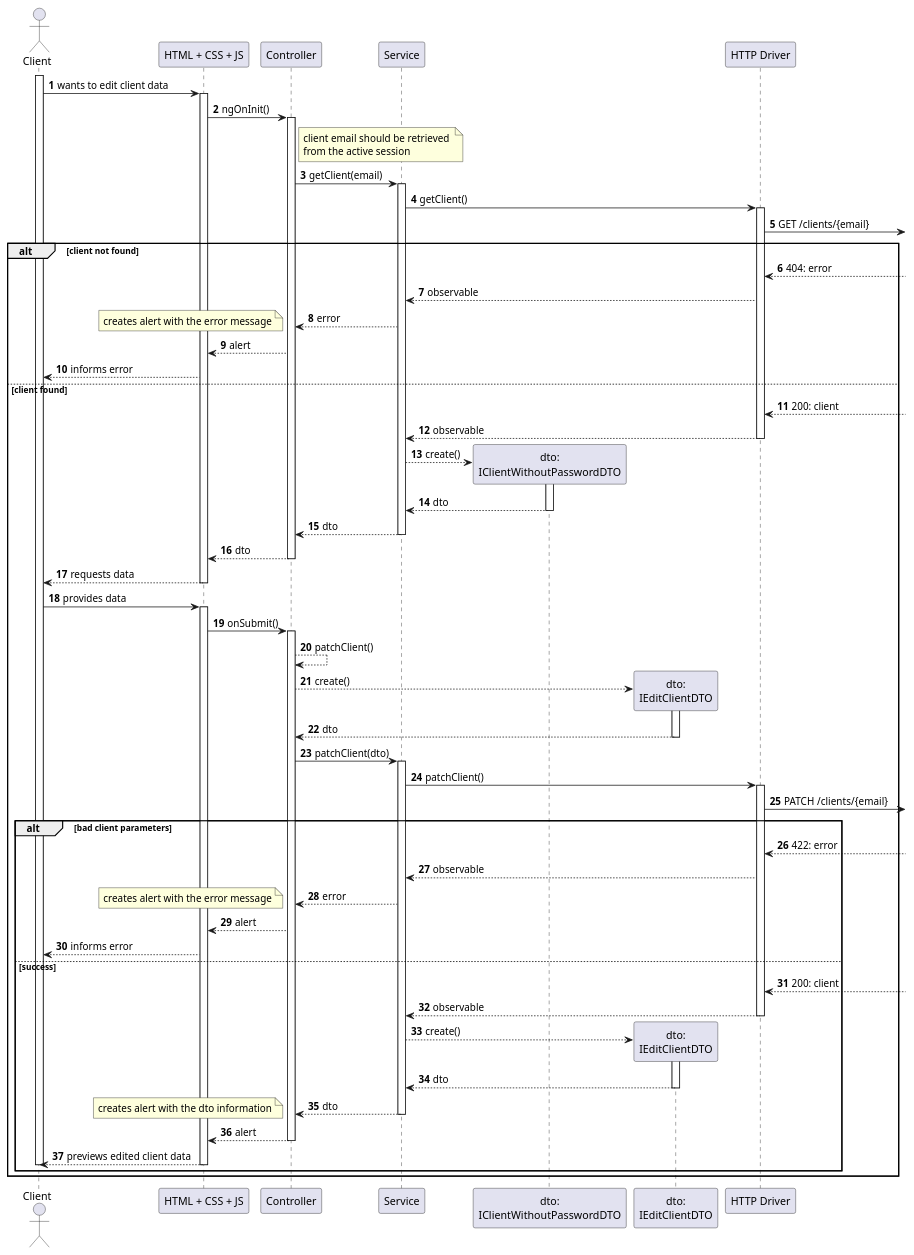
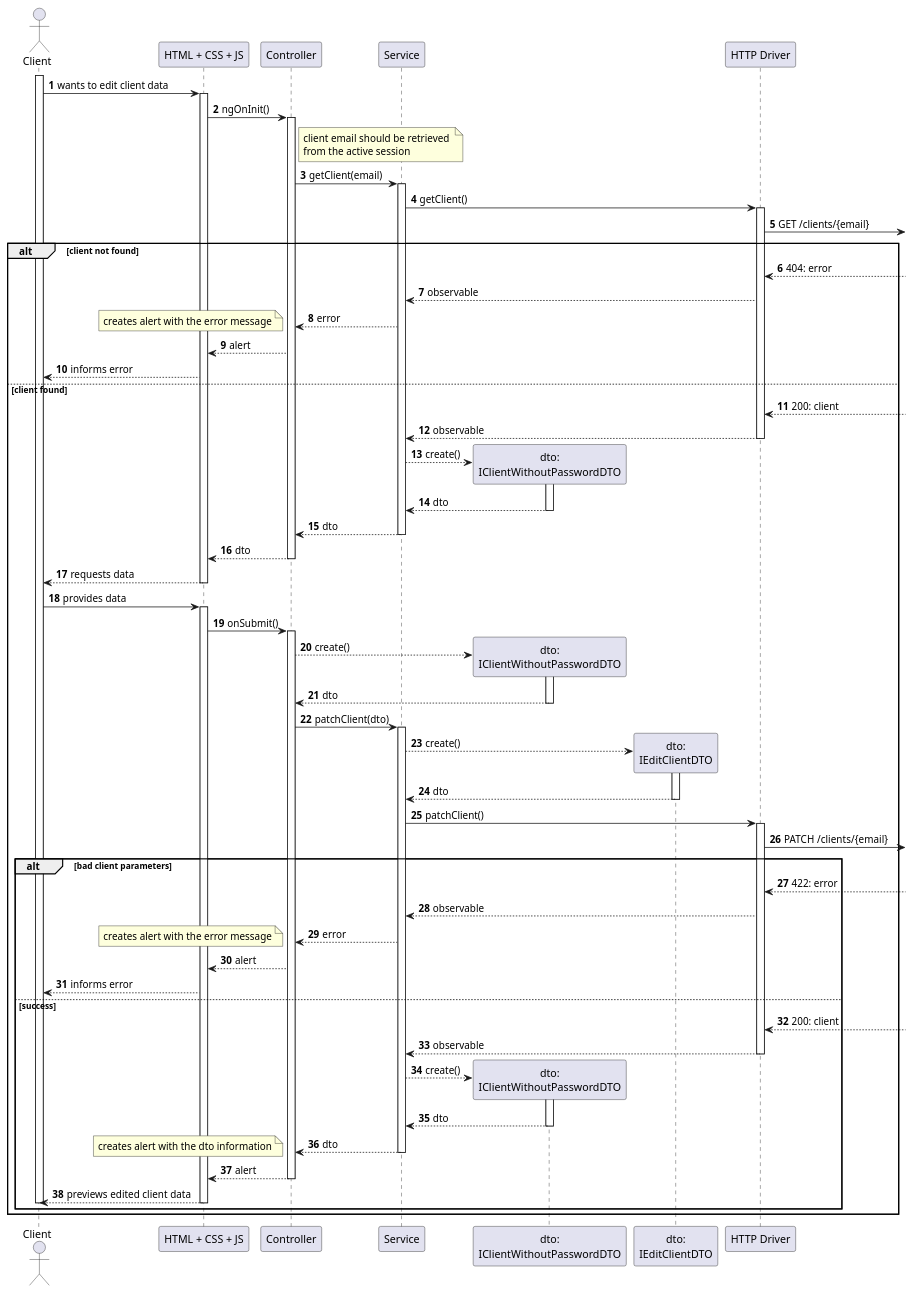
The diagram in docs/us100/level3/process-view-spa.puml (Departamento-de-Engenharia-Informatica/lapr5-23-24-g19), drawn with PlantUML before and after one commit. The commit also changed 1 other file, not shown here.

```diff
--- a/docs/us100/level3/process-view-spa.puml
+++ b/docs/us100/level3/process-view-spa.puml
@@ -1,91 +1,95 @@
 @startuml
 autonumber
 
 actor "Client" as usr
 
 participant "HTML + CSS + JS" as view
 participant "Controller" as ctrl
 
 participant "Service" as svc
 
 participant "dto:\nIClientWithoutPasswordDTO" as cp_dto
 participant "dto:\nIEditClientDTO" as ec_dto
 
 participant "HTTP Driver" as http
 
 activate usr
     usr -> view : wants to edit client data
     activate view
         view -> ctrl : ngOnInit()
         activate ctrl
         note right of ctrl : client email should be retrieved \nfrom the active session
             ctrl -> svc : getClient(email)
             activate svc
                 svc -> http : getClient()
                 activate http
                     http ->] : GET /clients/{email}
 alt client not found
                     http <--] : 404: error
                     http --> svc : observable
                     svc --> ctrl : error
                     note left : creates alert with the error message
                     ctrl --> view : alert
                     view --> usr : informs error
 else client found
                     http <--] : 200: client
                     http --> svc : observable
                 deactivate http
                 svc --> cp_dto** : create()
                 activate cp_dto
                     cp_dto --> svc : dto
                 deactivate cp_dto
                 svc --> ctrl : dto
             deactivate svc
             ctrl --> view : dto
         deactivate ctrl
         view --> usr : requests data
     deactivate view
 
     usr -> view : provides data
     activate view
         view -> ctrl : onSubmit()
         activate ctrl
-            ctrl --> ctrl : patchClient()
-            ctrl --> ec_dto** : create()
-            activate ec_dto
-            ec_dto --> ctrl : dto
-            deactivate ec_dto
+            ctrl --> cp_dto** : create()
+            activate cp_dto
+                cp_dto --> ctrl : dto
+            deactivate cp_dto
 
             ctrl -> svc : patchClient(dto)
             activate svc
+                svc --> ec_dto** : create()
+                activate ec_dto
+                    ec_dto --> svc : dto
+                deactivate ec_dto
+
                 svc -> http : patchClient()
                 activate http
                     http ->] : PATCH /clients/{email}
 alt bad client parameters
                     http <--] : 422: error
                     http --> svc : observable
                     svc --> ctrl : error
                     note left : creates alert with the error message
                     ctrl --> view : alert
                     view --> usr : informs error
 else success
                     http <--] : 200: client
                     http --> svc : observable
                 deactivate http
 
-                svc --> ec_dto** : create()
-                activate ec_dto
-                    ec_dto --> svc : dto
-                deactivate ec_dto
+                svc --> cp_dto** : create()
+                activate cp_dto
+                    cp_dto --> svc : dto
+                deactivate cp_dto
 
                 svc --> ctrl : dto
             deactivate svc
             note left : creates alert with the dto information
             ctrl --> view : alert
         deactivate ctrl
         view --> usr : previews edited client data
     deactivate view
 deactivate usr
 end
 end
 @enduml
```
